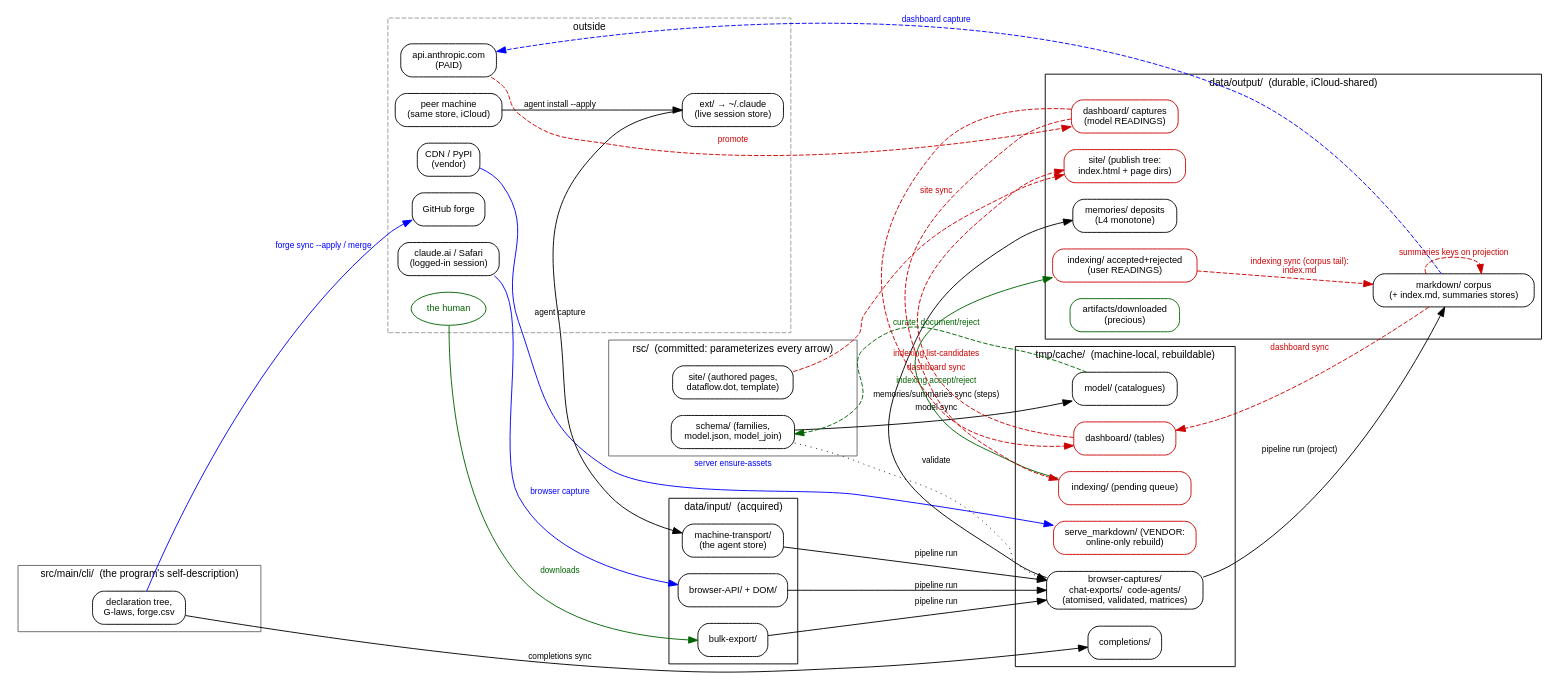
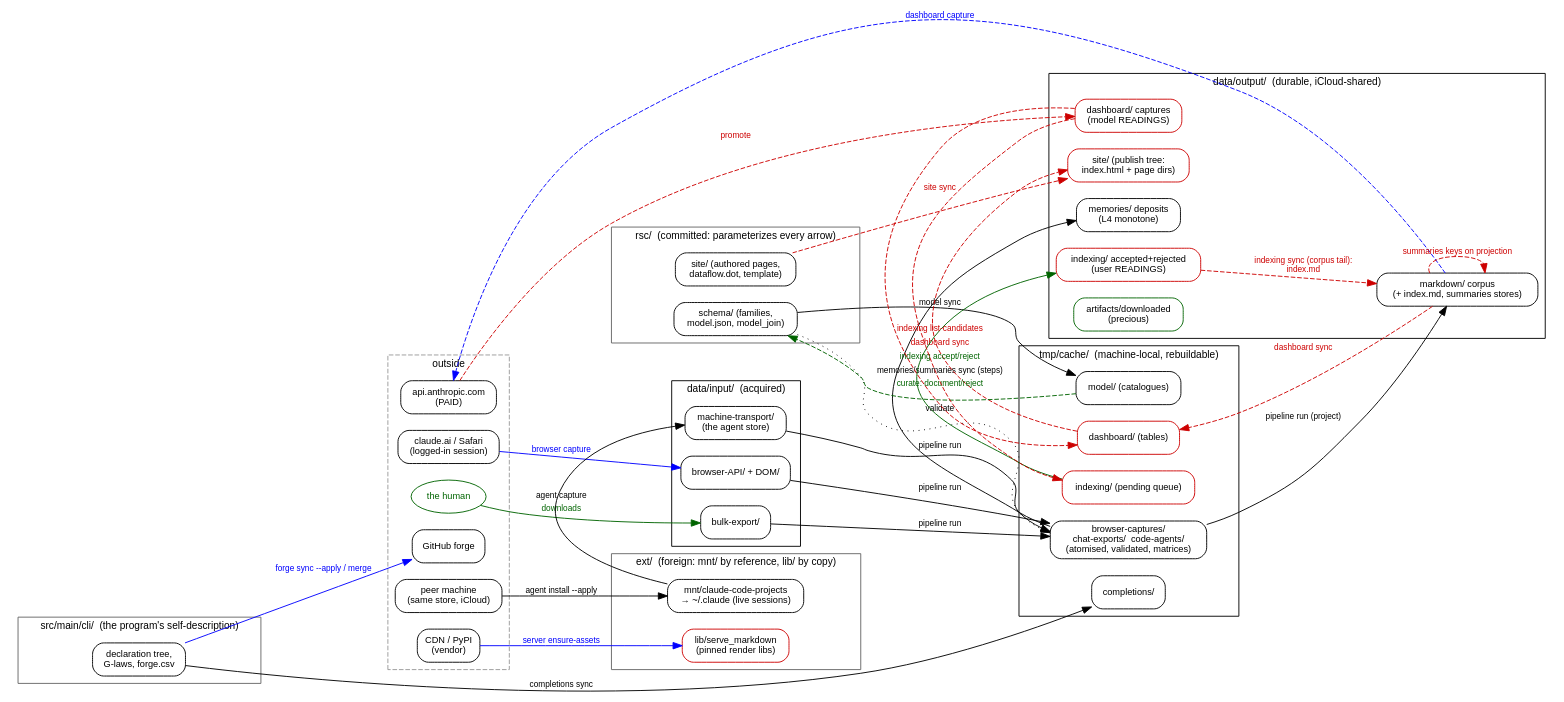
One commit to rpus/corpus-yoga changed the diagram in rsc/site/yoga/dataflow.dot. Above: the diagram before and after it, drawn with Graphviz. The commit also changed 14 other files, not shown here.

```diff
--- a/rsc/site/yoga/dataflow.dot
+++ b/rsc/site/yoga/dataflow.dot
@@ -1,100 +1,105 @@
 // The repo's dataflow: tiers as clusters, one edge per writing command.
 //   black solid = the feed-forward kernel: input -(pipeline)-> cache -(pipeline)-> output
 //   red dashed  = the reflexive layer: the corpus reading and curating itself
 //   blue        = sends (wire crossings: what YOGA_NO_SEND refuses)
 //   green       = the human's own writes
 // Edges are labeled with the COMMAND that writes them, never a file path.
 digraph yoga {
   rankdir=LR;
   fontname="Helvetica"; fontsize=11;
   node [fontname="Helvetica", fontsize=10, shape=box, style=rounded];
   edge [fontname="Helvetica", fontsize=9];
 
   // ── outside the repo ─────────────────────────────────────────
   subgraph cluster_world {
     label="outside"; style=dashed; color=gray60;
     claudeai   [label="claude.ai / Safari\n(logged-in session)"];
     anthropic  [label="api.anthropic.com\n(PAID)"];
     cdn        [label="CDN / PyPI\n(vendor)"];
     forge      [label="GitHub forge"];
     human      [label="the human", shape=ellipse, color=darkgreen, fontcolor=darkgreen];
     peer       [label="peer machine\n(same store, iCloud)"];
-    liveproj   [label="ext/ → ~/.claude\n(live session store)"];
+  }
+
+  // ── ext/ (machine-local: the foreign register) ───────────────
+  subgraph cluster_ext {
+    label="ext/  (foreign: mnt/ by reference, lib/ by copy)"; color=gray40;
+    liveproj [label="mnt/claude-code-projects\n→ ~/.claude (live sessions)"];
+    vendlib  [label="lib/serve_markdown\n(pinned render libs)", color=red3];
   }
 
   // ── rsc/ (committed) ─────────────────────────────────────────
   subgraph cluster_rsc {
     label="rsc/  (committed: parameterizes every arrow)"; color=gray40;
     schemas [label="schema/ (families,\nmodel.json, model_join)"];
     sitesrc [label="site/ (authored pages,\ndataflow.dot, template)"];
   }
 
   // ── src/main/cli/ (committed) ────────────────────────────────
   subgraph cluster_cli {
     label="src/main/cli/  (the program's self-description)"; color=gray40;
     clidecl [label="declaration tree,\nG-laws, forge.csv"];
   }
 
   // ── data/input/ ──────────────────────────────────────────────
   subgraph cluster_input {
     label="data/input/  (acquired)"; color=black;
     bulk    [label="bulk-export/"];
     brapi   [label="browser-API/ + DOM/"];
     store   [label="machine-transport/\n(the agent store)"];
   }
 
   // ── tmp/cache/ ───────────────────────────────────────────────
   subgraph cluster_cache {
     label="tmp/cache/  (machine-local, rebuildable)"; color=black;
     pipec   [label="browser-captures/\nchat-exports/  code-agents/\n(atomised, validated, matrices)"];
     dashc   [label="dashboard/ (tables)", color=red3];
     idxc    [label="indexing/ (pending queue)", color=red3];
     modelc  [label="model/ (catalogues)"];
     compc   [label="completions/"];
-    vendc   [label="serve_markdown/ (VENDOR:\nonline-only rebuild)", color=red3];
   }
 
   // ── data/output/ ─────────────────────────────────────────────
   subgraph cluster_output {
     label="data/output/  (durable, iCloud-shared)"; color=black;
     corpus  [label="markdown/ corpus\n(+ index.md, summaries stores)"];
     deposits[label="memories/ deposits\n(L4 monotone)"];
     reading [label="dashboard/ captures\n(model READINGS)", color=red3];
     curation[label="indexing/ accepted+rejected\n(user READINGS)", color=red3];
     site    [label="site/ (publish tree:\nindex.html + page dirs)", color=red3];
     artifacts[label="artifacts/downloaded\n(precious)", color=darkgreen];
   }
 
   // ── the KERNEL: input →(pipeline)→ cache →(pipeline)→ output ─
   claudeai -> brapi   [label="browser capture", color=blue, fontcolor=blue];
   liveproj -> store   [label="agent capture"];
   peer     -> liveproj[label="agent install --apply"];
   human    -> bulk    [label="downloads", color=darkgreen, fontcolor=darkgreen];
   bulk  -> pipec  [label="pipeline run"];
   brapi -> pipec  [label="pipeline run"];
   store -> pipec  [label="pipeline run"];
   schemas -> pipec [label="validate", style=dotted];
   pipec -> corpus   [label="pipeline run (project)"];
   pipec -> deposits [label="memories/summaries sync (steps)"];
 
   // ── support caches from rsc ──────────────────────────────────
   clidecl -> compc  [label="completions sync"];
   schemas -> modelc [label="model sync"];
   modelc  -> schemas [label="curate: document/reject", color=darkgreen, fontcolor=darkgreen, style=dashed];
 
   // ── the REFLEXIVE layer: output reads itself ─────────────────
   corpus  -> anthropic [label="dashboard capture", color=blue, fontcolor=blue, style=dashed];
   anthropic -> reading [label="promote", color=red3, fontcolor=red3, style=dashed];
   corpus  -> dashc  [label="dashboard sync", color=red3, fontcolor=red3, style=dashed];
   reading -> dashc  [color=red3, style=dashed];
   dashc   -> site   [label="dashboard sync", color=red3, fontcolor=red3, style=dashed];
   sitesrc -> site   [label="site sync", color=red3, fontcolor=red3, style=dashed];
   reading -> idxc   [label="indexing list-candidates", color=red3, fontcolor=red3, style=dashed];
   idxc    -> curation [label="indexing accept/reject", color=darkgreen, fontcolor=darkgreen];
   curation -> corpus [label="indexing sync (corpus tail):\nindex.md", color=red3, fontcolor=red3, style=dashed];
   corpus  -> corpus  [label="summaries keys on projection", color=red3, fontcolor=red3, style=dashed];
 
   // ── vendor + forge ───────────────────────────────────────────
-  cdn   -> vendc [label="server ensure-assets", color=blue, fontcolor=blue];
+  cdn   -> vendlib [label="server ensure-assets", color=blue, fontcolor=blue];
   clidecl -> forge [label="forge sync --apply / merge", color=blue, fontcolor=blue];
 }
```
